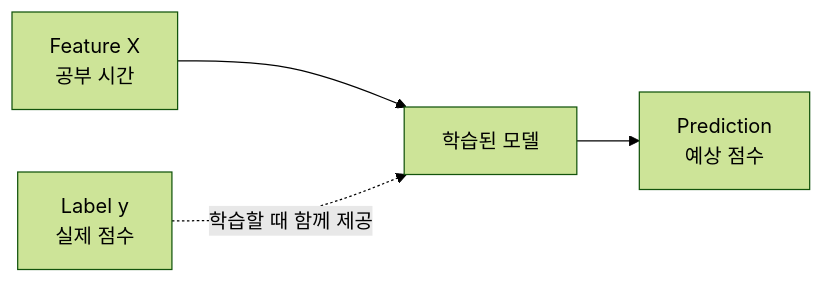
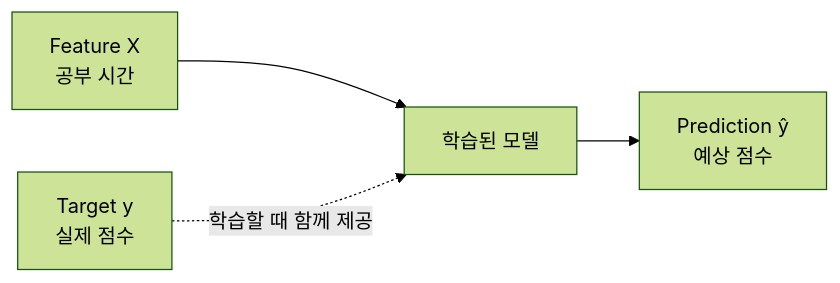
The second of 5 diagrams in Classroom/PYTHON-2026-09/Intermediate/Lecture/Week-07/README.md (JSeong2024/MYPAUL-PYTHONEDU), drawn with Mermaid (forest theme) before and after one commit. The commit also changed other lines of this file, not shown here.

````diff
--- a/Classroom/PYTHON-2026-09/Intermediate/Lecture/Week-07/README.md
+++ b/Classroom/PYTHON-2026-09/Intermediate/Lecture/Week-07/README.md
@@ -217,6 +219,6 @@
 ```mermaid
 flowchart LR
     A[Feature X<br/>공부 시간] --> B[학습된 모델]
-    B --> C[Prediction<br/>예상 점수]
-    D[Label y<br/>실제 점수] -. "학습할 때 함께 제공" .-> B
+    B --> C[Prediction ŷ<br/>예상 점수]
+    D[Target y<br/>실제 점수] -. "학습할 때 함께 제공" .-> B
 ```
````
